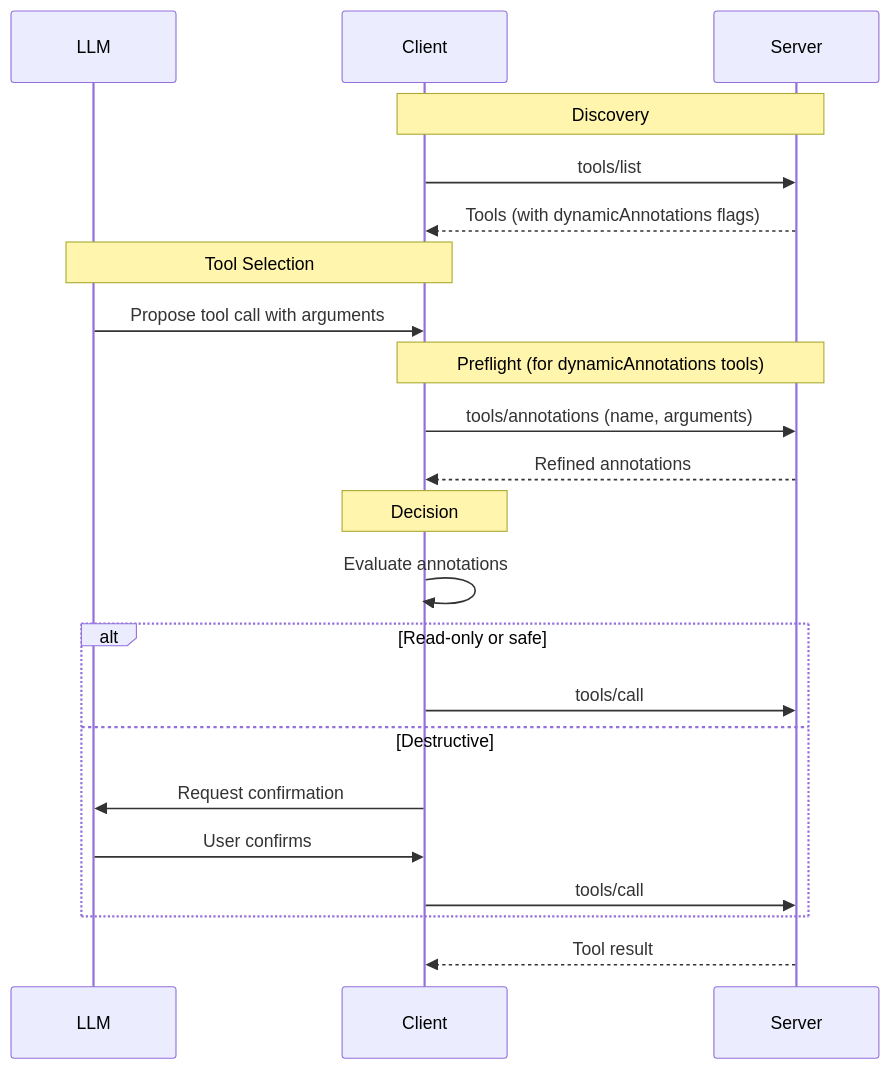
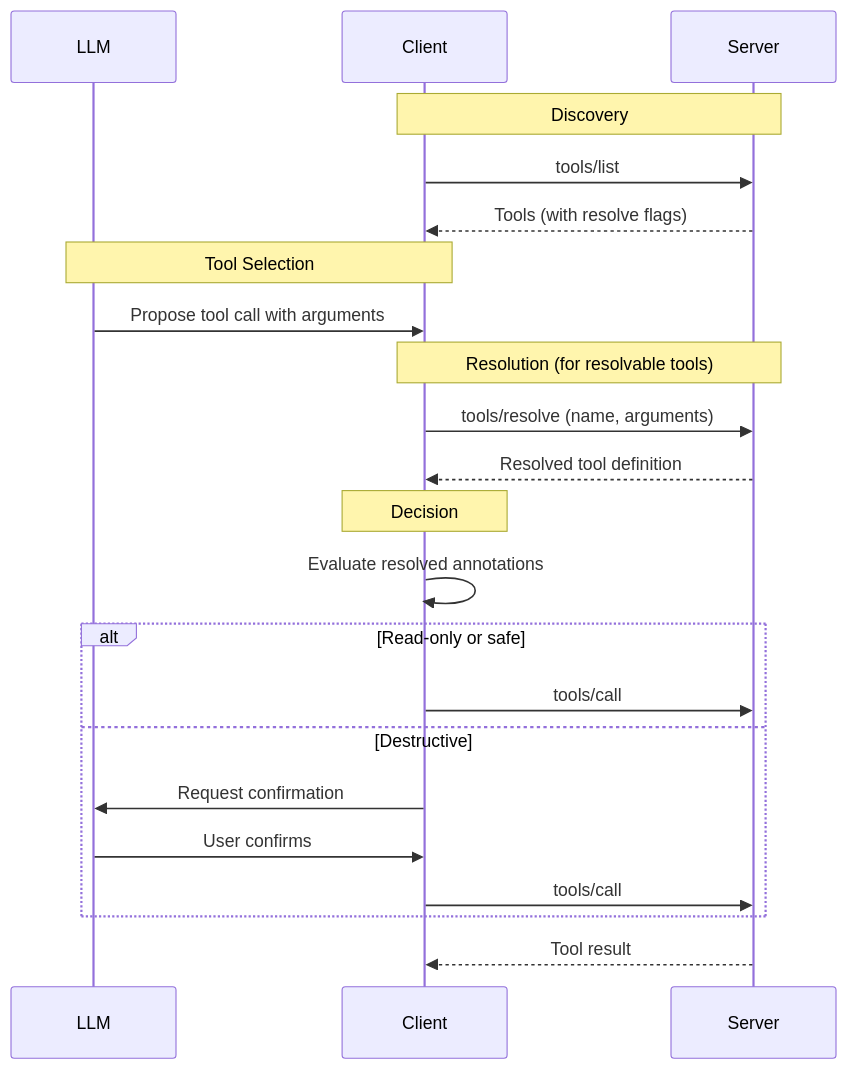
The diagram in seps/1862-dynamic-tool-annotations.md (modelcontextprotocol/modelcontextprotocol), drawn with Mermaid before and after one commit. The commit also changed other lines of this file, not shown here.

````diff
--- a/seps/1862-dynamic-tool-annotations.md
+++ b/seps/1862-dynamic-tool-annotations.md
@@ -303,28 +364,28 @@
 ```mermaid
 sequenceDiagram
     participant LLM
     participant Client
     participant Server
 
     Note over Client,Server: Discovery
     Client->>Server: tools/list
-    Server-->>Client: Tools (with dynamicAnnotations flags)
+    Server-->>Client: Tools (with resolve flags)
 
     Note over LLM,Client: Tool Selection
     LLM->>Client: Propose tool call with arguments
 
-    Note over Client,Server: Preflight (for dynamicAnnotations tools)
-    Client->>Server: tools/annotations (name, arguments)
-    Server-->>Client: Refined annotations
+    Note over Client,Server: Resolution (for resolvable tools)
+    Client->>Server: tools/resolve (name, arguments)
+    Server-->>Client: Resolved tool definition
 
     Note over Client: Decision
-    Client->>Client: Evaluate annotations
+    Client->>Client: Evaluate resolved annotations
     alt Read-only or safe
         Client->>Server: tools/call
     else Destructive
         Client->>LLM: Request confirmation
         LLM->>Client: User confirms
         Client->>Server: tools/call
     end
     Server-->>Client: Tool result
 ```
````
